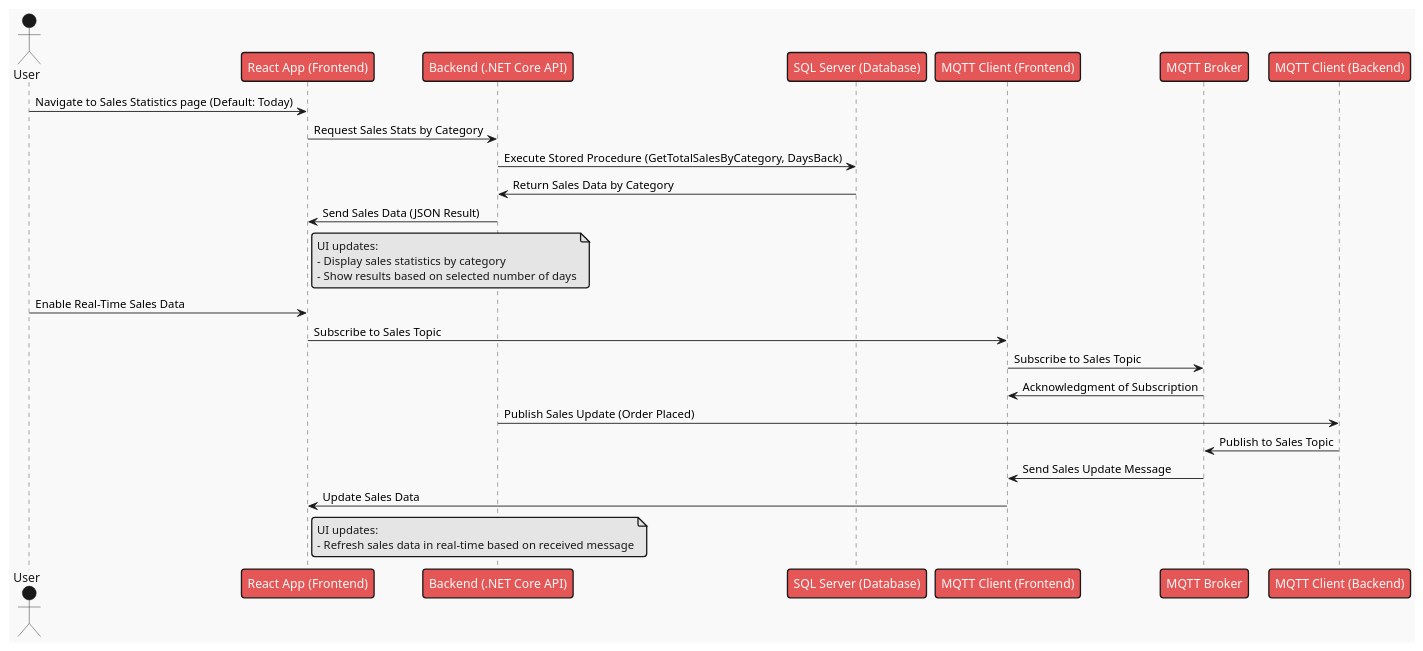
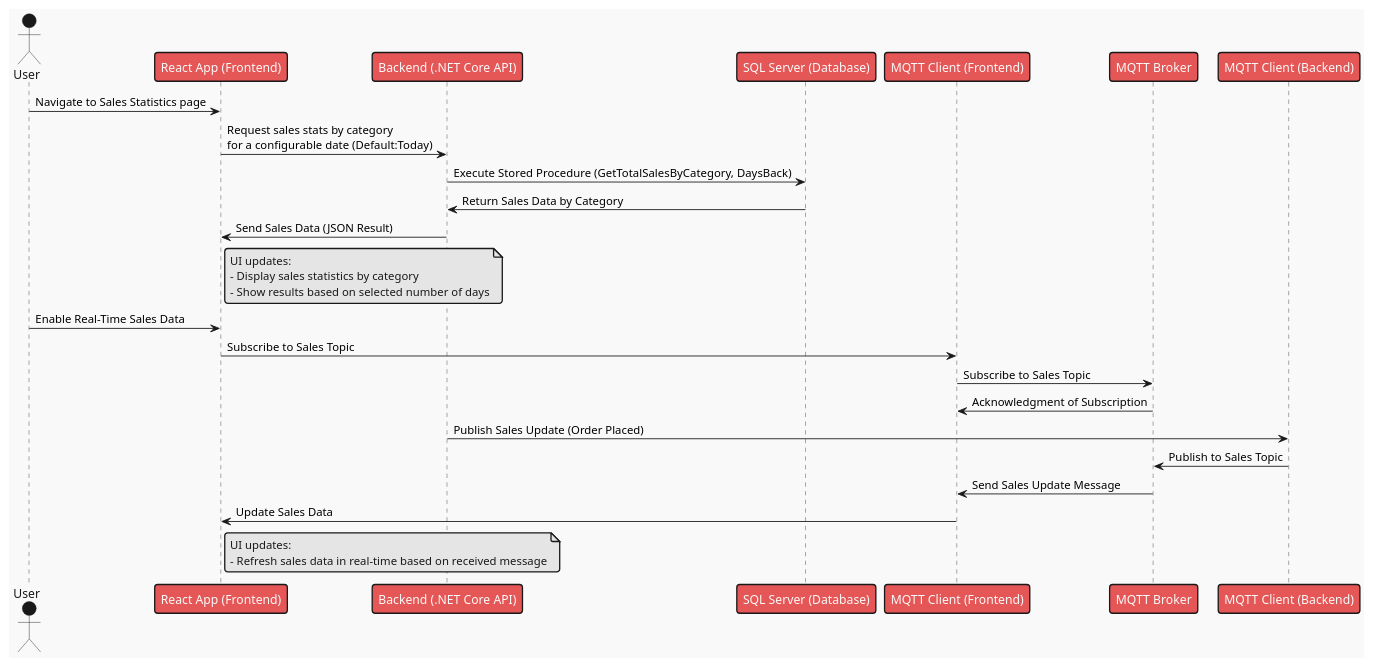
The diagram in Documentation/SequenceDigrams/Sales/DiagramCode/GetTotalSalesByCategory.puml (itthardik/DashboardAPI), drawn with PlantUML before and after one commit. The commit also changed 27 other files, not shown here.

```diff
--- a/Documentation/SequenceDigrams/Sales/DiagramCode/GetTotalSalesByCategory.puml
+++ b/Documentation/SequenceDigrams/Sales/DiagramCode/GetTotalSalesByCategory.puml
@@ -1,34 +1,34 @@
 @startuml
 !theme mars
 actor User
 
-User -> "React App (Frontend)" : Navigate to Sales Statistics page (Default: Today)
-"React App (Frontend)" -> "Backend (.NET Core API)" : Request Sales Stats by Category
+User -> "React App (Frontend)" : Navigate to Sales Statistics page
+"React App (Frontend)" -> "Backend (.NET Core API)" : Request sales stats by category \nfor a configurable date (Default:Today)
 "Backend (.NET Core API)" -> "SQL Server (Database)" : Execute Stored Procedure (GetTotalSalesByCategory, DaysBack)
 "SQL Server (Database)" -> "Backend (.NET Core API)" : Return Sales Data by Category
 "Backend (.NET Core API)" -> "React App (Frontend)" : Send Sales Data (JSON Result)
 
 note right of "React App (Frontend)"
 UI updates:
 - Display sales statistics by category
 - Show results based on selected number of days
 end note
 
 User -> "React App (Frontend)" : Enable Real-Time Sales Data
 "React App (Frontend)" -> "MQTT Client (Frontend)" : Subscribe to Sales Topic
 "MQTT Client (Frontend)" -> "MQTT Broker" : Subscribe to Sales Topic
 "MQTT Broker" -> "MQTT Client (Frontend)" : Acknowledgment of Subscription
 
 "Backend (.NET Core API)" -> "MQTT Client (Backend)" : Publish Sales Update (Order Placed)
 
 "MQTT Client (Backend)" -> "MQTT Broker" : Publish to Sales Topic
 
 "MQTT Broker" -> "MQTT Client (Frontend)" : Send Sales Update Message
 "MQTT Client (Frontend)" -> "React App (Frontend)" : Update Sales Data
 
 note right of "React App (Frontend)"
 UI updates:
 - Refresh sales data in real-time based on received message
 end note
 
 @enduml
```
